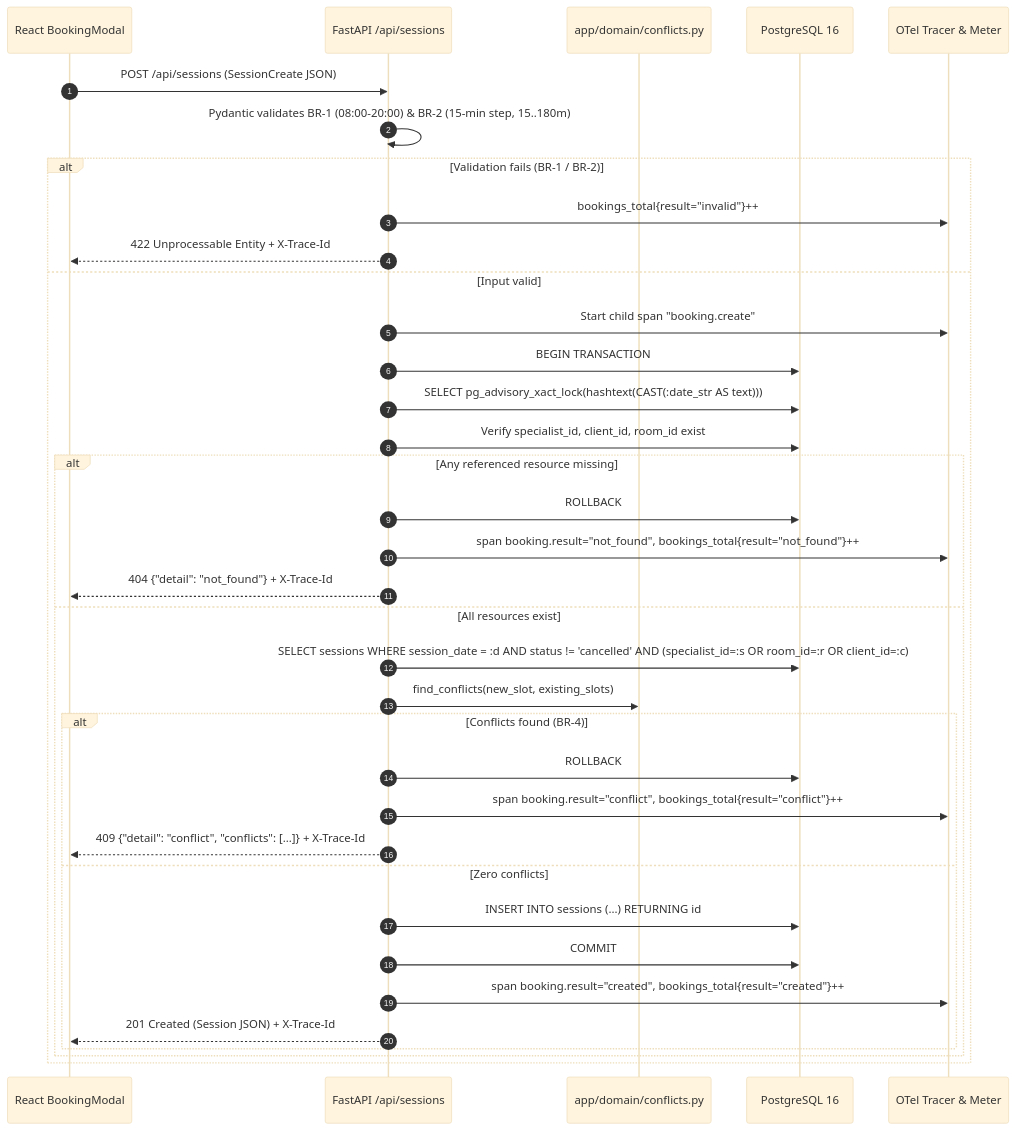
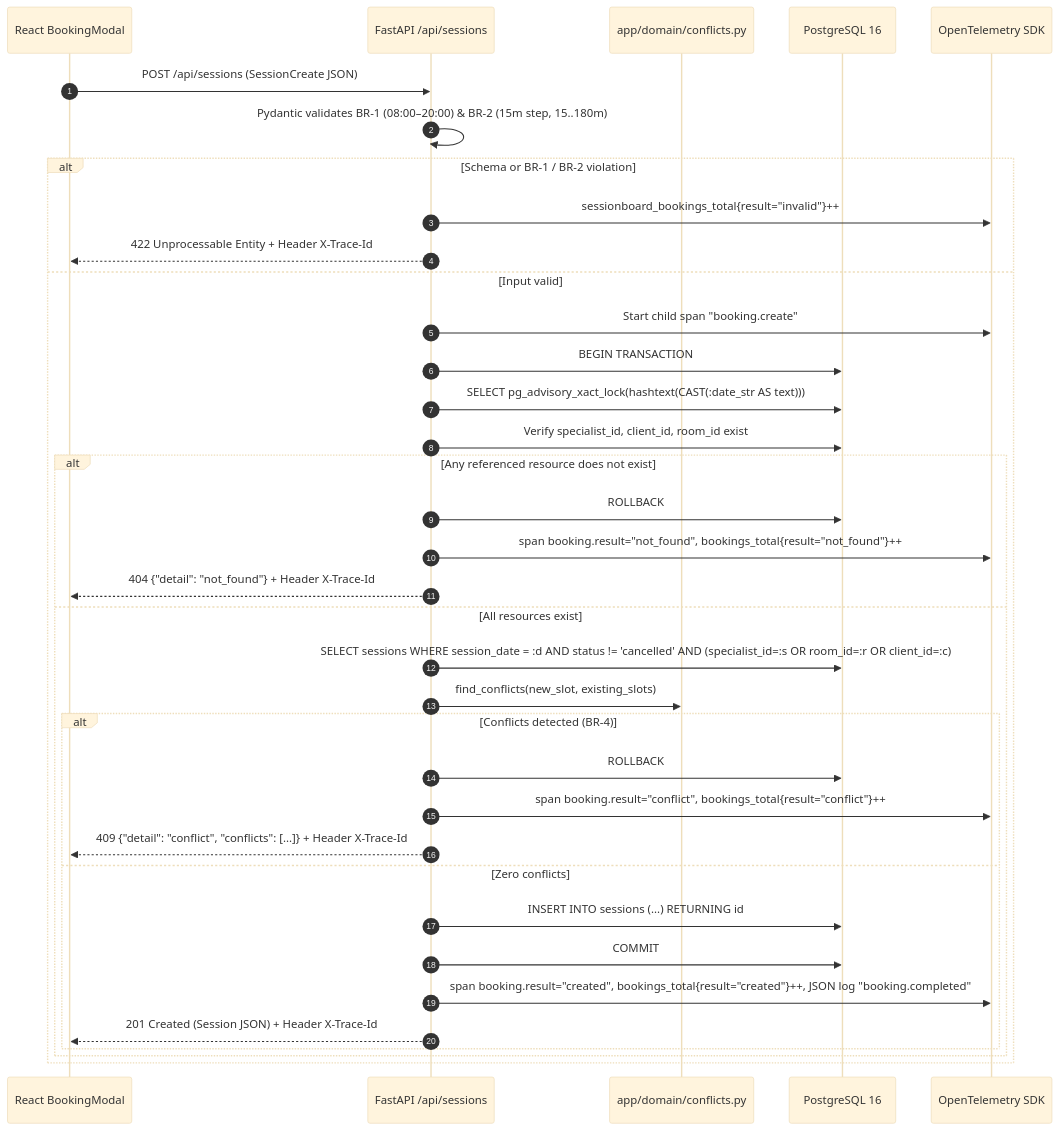
The second of 4 diagrams in docs/architecture.md (brut0/sessionboard), drawn with Mermaid (base theme) before and after one commit. The commit also changed other lines of this file and 2 other files, not shown here.

First line of the commit message:
docs: enrich architecture diagrams and add interactive arch explorer & root README

````diff
--- a/docs/architecture.md
+++ b/docs/architecture.md
@@ -50,39 +61,39 @@
 ```mermaid
 sequenceDiagram
   autonumber
   participant UI as React BookingModal
   participant API as FastAPI /api/sessions
   participant DOM as app/domain/conflicts.py
   participant PG as PostgreSQL 16
-  participant OTEL as OTel Tracer & Meter
+  participant OTEL as OpenTelemetry SDK
 
   UI->>API: POST /api/sessions (SessionCreate JSON)
-  API->>API: Pydantic validates BR-1 (08:00-20:00) & BR-2 (15-min step, 15..180m)
-  alt Validation fails (BR-1 / BR-2)
-    API->>OTEL: bookings_total{result="invalid"}++
-    API-->>UI: 422 Unprocessable Entity + X-Trace-Id
+  API->>API: Pydantic validates BR-1 (08:00–20:00) & BR-2 (15m step, 15..180m)
+  alt Schema or BR-1 / BR-2 violation
+    API->>OTEL: sessionboard_bookings_total{result="invalid"}++
+    API-->>UI: 422 Unprocessable Entity + Header X-Trace-Id
   else Input valid
     API->>OTEL: Start child span "booking.create"
     API->>PG: BEGIN TRANSACTION
     API->>PG: SELECT pg_advisory_xact_lock(hashtext(CAST(:date_str AS text)))
     API->>PG: Verify specialist_id, client_id, room_id exist
-    alt Any referenced resource missing
+    alt Any referenced resource does not exist
       API->>PG: ROLLBACK
       API->>OTEL: span booking.result="not_found", bookings_total{result="not_found"}++
-      API-->>UI: 404 {"detail": "not_found"} + X-Trace-Id
+      API-->>UI: 404 {"detail": "not_found"} + Header X-Trace-Id
     else All resources exist
       API->>PG: SELECT sessions WHERE session_date = :d AND status != 'cancelled' AND (specialist_id=:s OR room_id=:r OR client_id=:c)
       API->>DOM: find_conflicts(new_slot, existing_slots)
-      alt Conflicts found (BR-4)
+      alt Conflicts detected (BR-4)
         API->>PG: ROLLBACK
         API->>OTEL: span booking.result="conflict", bookings_total{result="conflict"}++
-        API-->>UI: 409 {"detail": "conflict", "conflicts": [...]} + X-Trace-Id
+        API-->>UI: 409 {"detail": "conflict", "conflicts": [...]} + Header X-Trace-Id
       else Zero conflicts
         API->>PG: INSERT INTO sessions (...) RETURNING id
         API->>PG: COMMIT
-        API->>OTEL: span booking.result="created", bookings_total{result="created"}++
-        API-->>UI: 201 Created (Session JSON) + X-Trace-Id
+        API->>OTEL: span booking.result="created", bookings_total{result="created"}++, JSON log "booking.completed"
+        API-->>UI: 201 Created (Session JSON) + Header X-Trace-Id
       end
     end
   end
 ```
````
